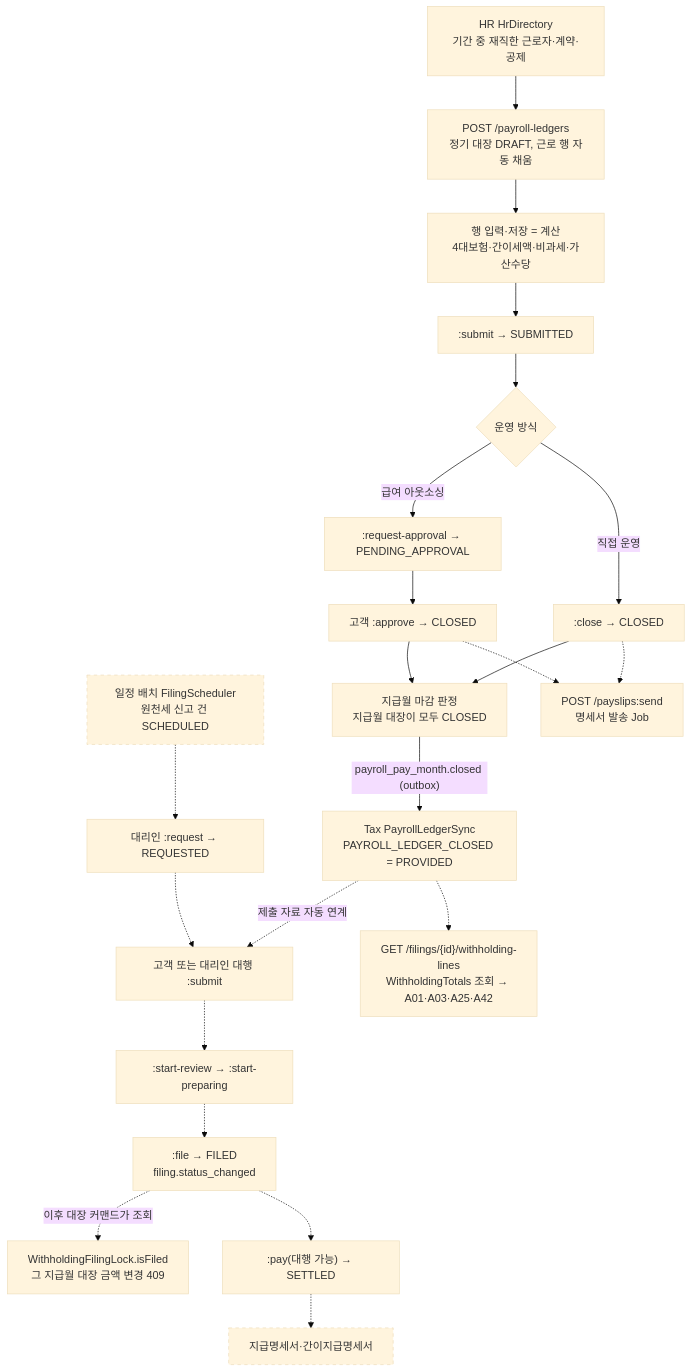
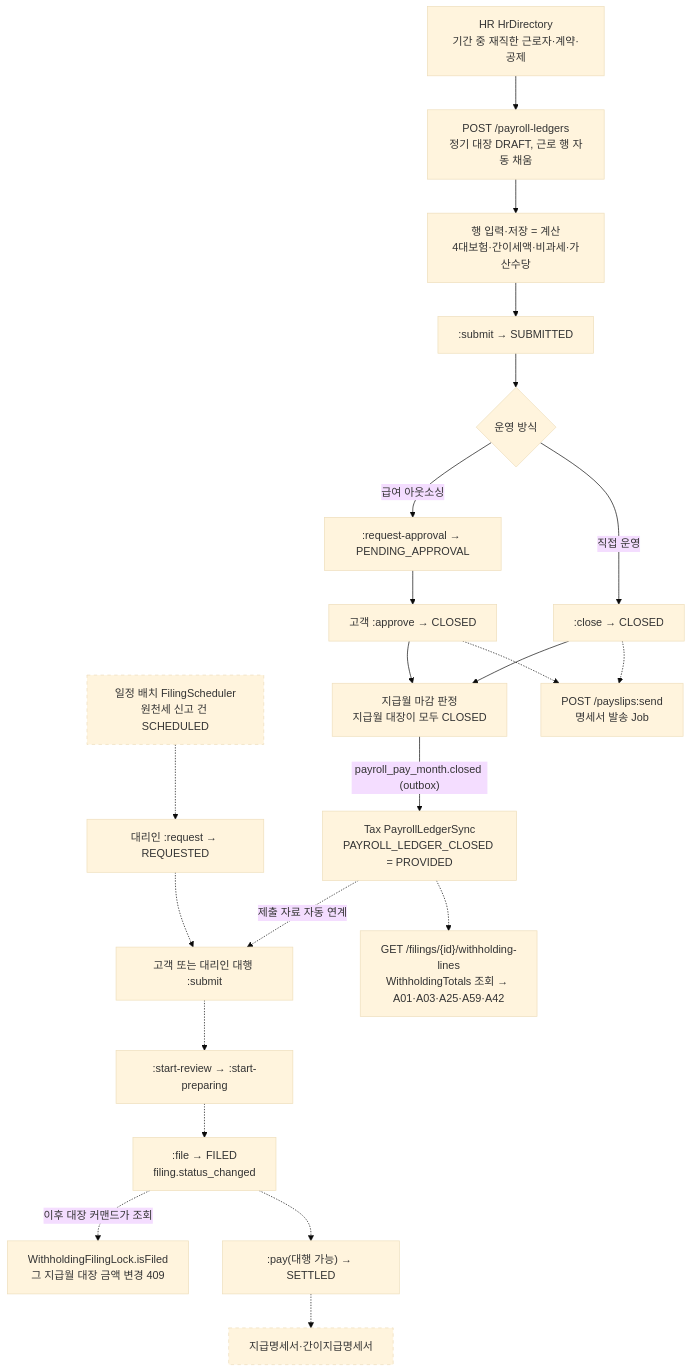
The first of 3 diagrams in docs/design/lifecycles.md (cbcruk/semu), drawn with Mermaid (base theme) before and after one commit. The commit also changed 18 other files, not shown here.

````diff
--- a/docs/design/lifecycles.md
+++ b/docs/design/lifecycles.md
@@ -55,26 +55,26 @@
 ```mermaid
 flowchart TD
   sched["일정 배치 FilingScheduler<br/>원천세 신고 건 SCHEDULED"]:::todo
   hr["HR HrDirectory<br/>기간 중 재직한 근로자·계약·공제"] --> create["POST /payroll-ledgers<br/>정기 대장 DRAFT, 근로 행 자동 채움"]
   create --> rows["행 입력·저장 = 계산<br/>4대보험·간이세액·비과세·가산수당"]
   rows --> submit[":submit → SUBMITTED"]
   submit --> wf{"운영 방식"}
   wf -- "급여 아웃소싱" --> req[":request-approval → PENDING_APPROVAL"] --> approve["고객 :approve → CLOSED"]
   wf -- "직접 운영" --> close[":close → CLOSED"]
   approve --> judge["지급월 마감 판정<br/>지급월 대장이 모두 CLOSED"]
   close --> judge
   judge -- "payroll_pay_month.closed (outbox)" --> sync["Tax PayrollLedgerSync<br/>PAYROLL_LEDGER_CLOSED = PROVIDED"]
   approve -.-> slip["POST /payslips:send<br/>명세서 발송 Job"]
   close -.-> slip
   sched -.-> request["대리인 :request → REQUESTED"]
   sync -. "제출 자료 자동 연계" .-> submitF
   request -.-> submitF["고객 또는 대리인 대행 :submit"]
   submitF -.-> review[":start-review → :start-preparing"]
   review -.-> file[":file → FILED<br/>filing.status_changed"]
   file -. "이후 대장 커맨드가 조회" .-> lock["WithholdingFilingLock.isFiled<br/>그 지급월 대장 금액 변경 409"]
   file -.-> pay[":pay(대행 가능) → SETTLED"]
-  sync -.-> codes["GET /filings/{id}/withholding-lines<br/>WithholdingTotals 조회 → A01·A03·A25·A42"]
+  sync -.-> codes["GET /filings/{id}/withholding-lines<br/>WithholdingTotals 조회 → A01·A03·A25·A59·A42"]
   pay -.-> stmt["지급명세서·간이지급명세서"]:::todo
   classDef todo stroke-dasharray: 5 5
   classDef open stroke-width: 3px
 ```
````
